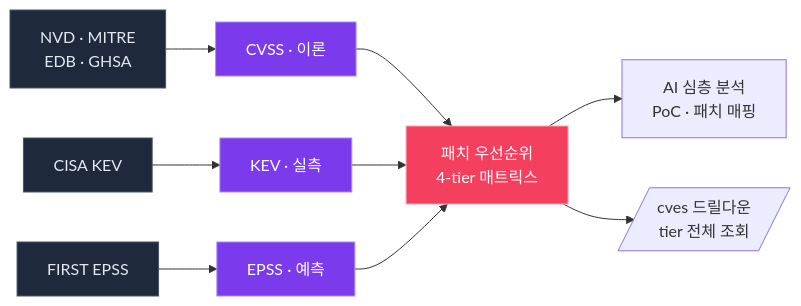
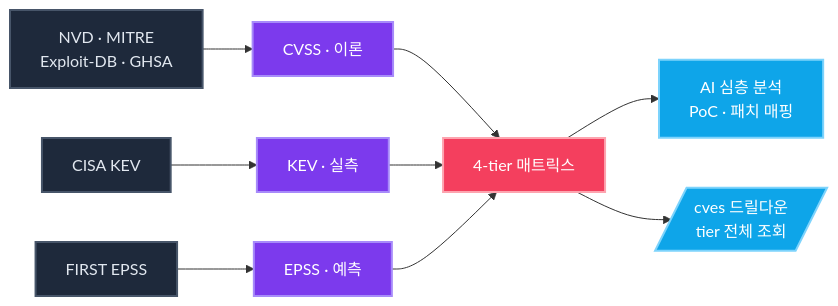
Before and after one commit to mimonimo/Kestrel: the second of 6 diagrams in README.md, drawn with Mermaid. The commit also changed other lines of this file, not shown here.

First line of the commit message:
docs: README 시각 자료 강화 — Mermaid quadrantChart · pie · stateDiagram + ASCII 히스토그램 (PR 10-BS)

````diff
--- a/README.md
+++ b/README.md
@@ -109,21 +254,22 @@
 ```mermaid
 flowchart LR
-    classDef src fill:#1e293b,stroke:#475569,color:#e2e8f0
-    classDef sig fill:#7c3aed,stroke:#a78bfa,color:#fff
-    classDef out fill:#f43f5e,stroke:#fda4af,color:#fff
+    classDef src fill:#1e293b,stroke:#475569,color:#e2e8f0,stroke-width:2px
+    classDef sig fill:#7c3aed,stroke:#a78bfa,color:#fff,stroke-width:2px
+    classDef matrix fill:#f43f5e,stroke:#fda4af,color:#fff,stroke-width:2px
+    classDef out fill:#0ea5e9,stroke:#7dd3fc,color:#fff,stroke-width:2px
 
-    NVD[NVD · MITRE<br/>EDB · GHSA]:::src
+    NVD[NVD · MITRE<br/>Exploit-DB · GHSA]:::src
     KEV[CISA KEV]:::src
     EPSS[FIRST EPSS]:::src
 
     NVD --> CVSS[CVSS · 이론]:::sig
     KEV --> KEVSIG[KEV · 실측]:::sig
     EPSS --> EPSSSIG[EPSS · 예측]:::sig
 
-    CVSS --> Matrix[패치 우선순위<br/>4-tier 매트릭스]:::out
+    CVSS --> Matrix[4-tier 매트릭스]:::matrix
     KEVSIG --> Matrix
     EPSSSIG --> Matrix
 
-    Matrix --> AI[AI 심층 분석<br/>PoC · 패치 매핑]
-    Matrix --> List[/cves 드릴다운<br/>tier 전체 조회/]
+    Matrix --> AI[AI 심층 분석<br/>PoC · 패치 매핑]:::out
+    Matrix --> List[/cves 드릴다운<br/>tier 전체 조회/]:::out
 ```
````
